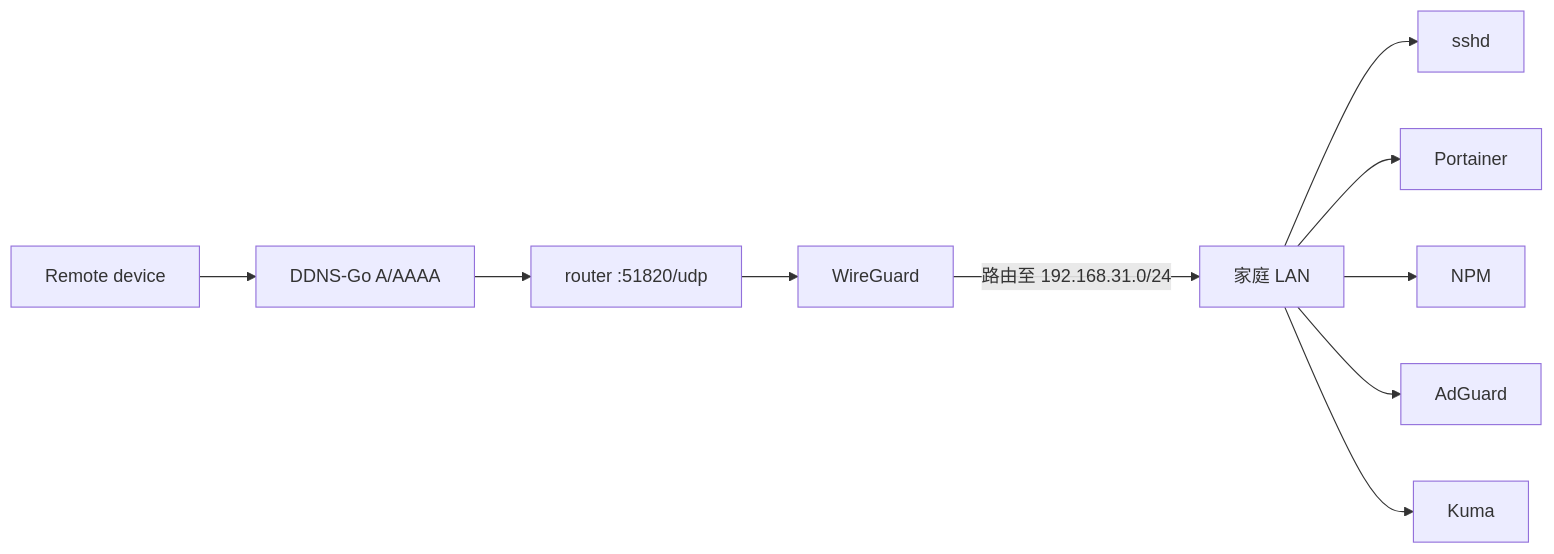
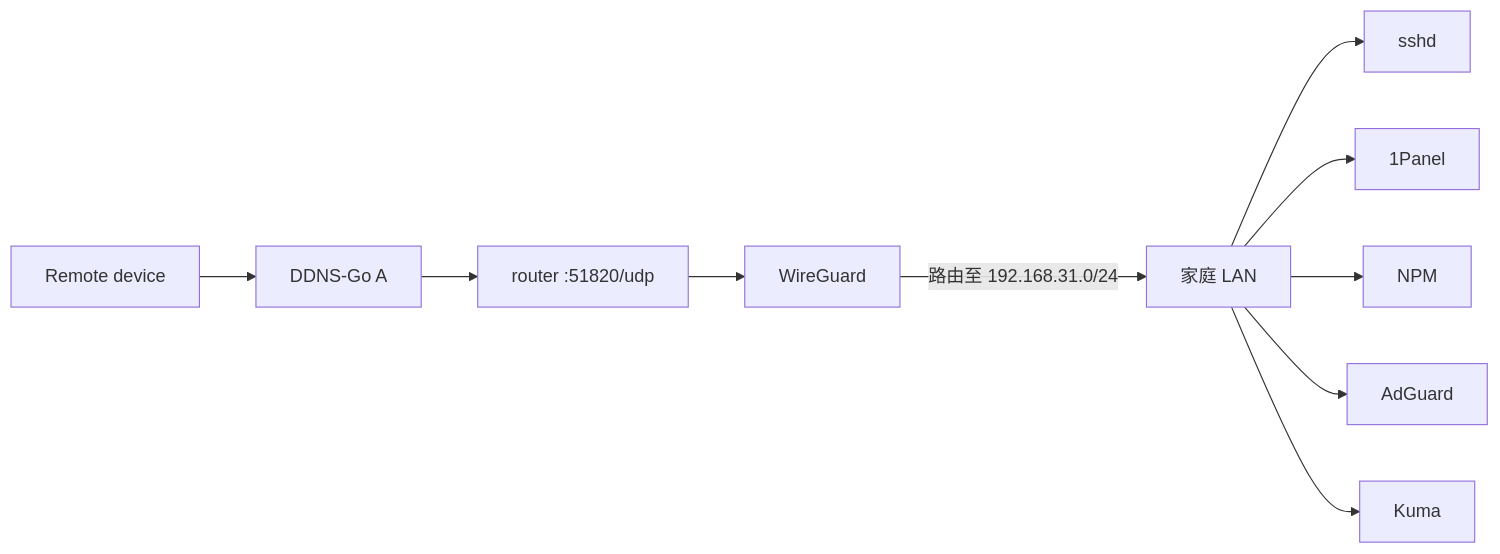
Before and after one commit to ryoo2001/homelab-infra: the third of 3 diagrams in README.md, drawn with Mermaid. The commit also changed other lines of this file and 3 other files, not shown here.

````diff
--- a/README.md
+++ b/README.md
@@ -63,8 +62,8 @@
 ```mermaid
 flowchart LR
-  remote[Remote device] --> ddns[DDNS-Go A/AAAA]
+  remote[Remote device] --> ddns[DDNS-Go A]
   ddns --> router[router :51820/udp]
   router --> wg[WireGuard]
   wg -->|路由至 192.168.31.0/24| lan[家庭 LAN]
-  lan --> ssh[sshd] & portainer[Portainer] & npm[NPM] & adguard[AdGuard] & kuma[Kuma]
+  lan --> ssh[sshd] & panel[1Panel] & npm[NPM] & adguard[AdGuard] & kuma[Kuma]
 ```
````
